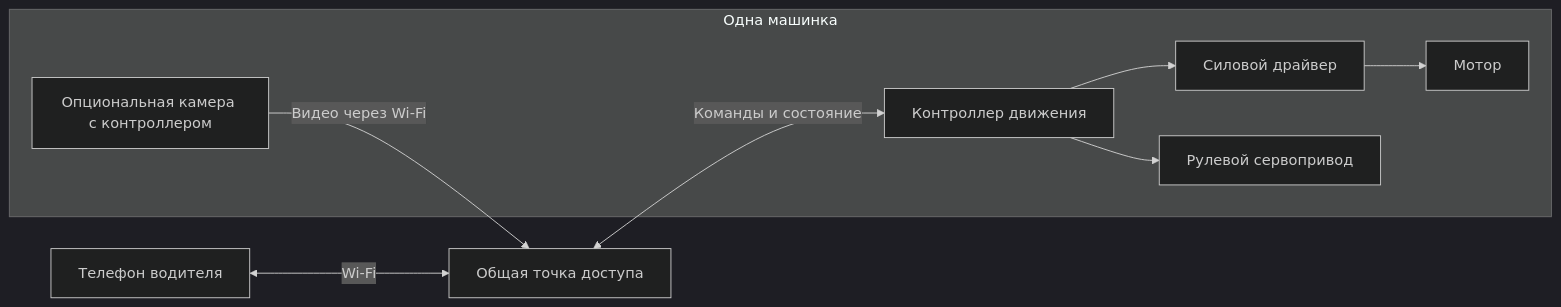
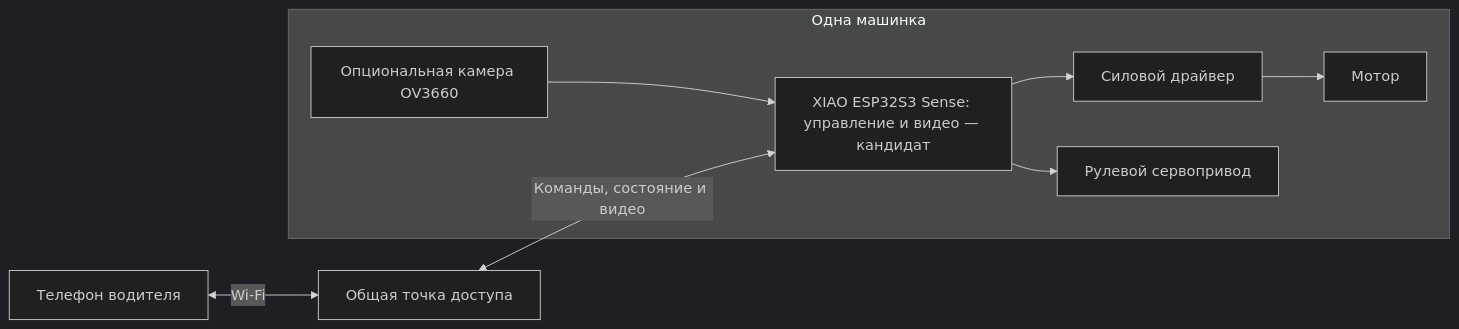
Before and after one commit to BlowYourBrain/RaceRemote: the first of 2 diagrams in docs/architecture-and-unknowns.md, drawn with Mermaid (dark theme). The commit also changed other lines of this file and 6 other files, not shown here.

````diff
--- a/docs/architecture-and-unknowns.md
+++ b/docs/architecture-and-unknowns.md
@@ -17,15 +17,15 @@
 ```mermaid
 flowchart LR
     Phone[Телефон водителя] <-->|Wi-Fi| AP[Общая точка доступа]
     subgraph Car[Одна машинка]
-        Control[Контроллер движения]
-        Camera[Опциональная камера с контроллером]
+        Control["XIAO ESP32S3 Sense: управление и видео — кандидат"]
+        Camera[Опциональная камера OV3660]
         Driver[Силовой драйвер]
         Motor[Мотор]
         Servo[Рулевой сервопривод]
         Control --> Driver --> Motor
         Control --> Servo
+        Camera --> Control
     end
-    AP <-->|Команды и состояние| Control
-    Camera -->|Видео через Wi-Fi| AP
+    AP <-->|Команды, состояние и видео| Control
 ```
````
